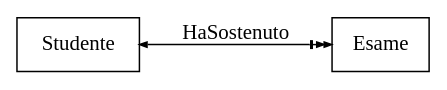
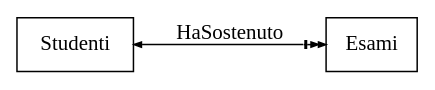
Before and after one commit to alek3y/cs: the fourth of 17 diagrams in src/ct0006-1/README.md, drawn with Graphviz. The commit also changed other lines of this file, not shown here.

````diff
--- a/src/ct0006-1/README.md
+++ b/src/ct0006-1/README.md
@@ -64,8 +64,8 @@
 ```dot process
 digraph {
 	rankdir=LR
 	node [shape=record]
 	edge [arrowsize=0.5 dir=both]
-	Studente -> Esame [label="HaSostenuto" arrowhead=normalnormalnonetee]
+	Studenti -> Esami [label="HaSostenuto" arrowhead=normalnormalnonetee]
 }
 ```
````
